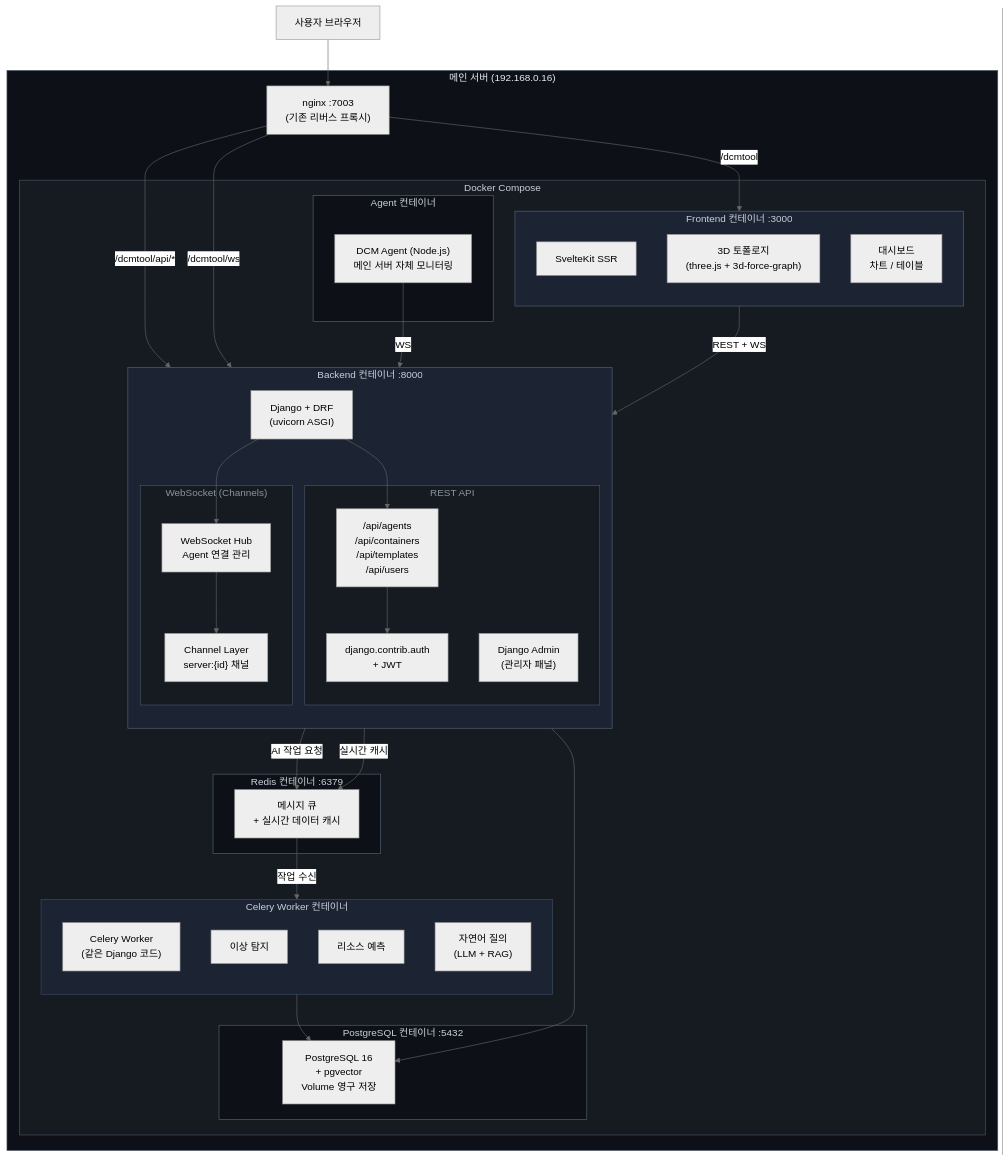
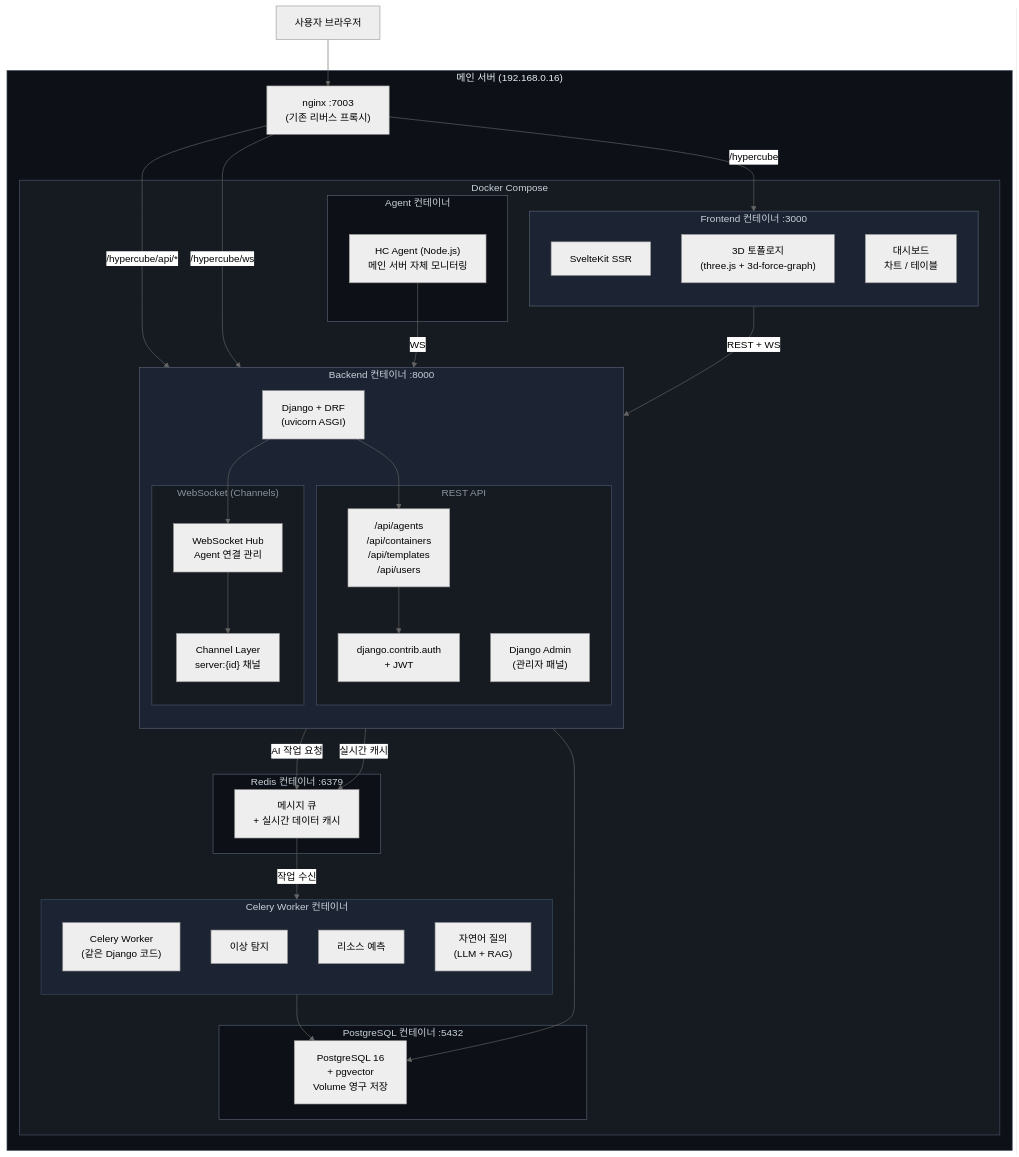
One commit to qkr7287/HyperCube changed the third of 11 diagrams in docs/to-be-architecture.md. Above: the diagram before and after it, drawn with Mermaid (neutral theme). The commit also changed other lines of this file and 15 other files, not shown here.

````diff
--- a/docs/to-be-architecture.md
+++ b/docs/to-be-architecture.md
@@ -193,80 +193,80 @@
 ```mermaid
 graph TB
     subgraph MainServer["메인 서버 (192.168.0.16)"]
         Nginx["nginx :7003<br/>(기존 리버스 프록시)"]
 
         subgraph Docker["Docker Compose"]
             subgraph FE["Frontend 컨테이너 :3000"]
                 direction TB
                 SSR["SvelteKit SSR"]
                 ThreeJS["3D 토폴로지<br/>(three.js + 3d-force-graph)"]
                 Charts["대시보드<br/>차트 / 테이블"]
             end
 
             subgraph BE["Backend 컨테이너 :8000"]
                 direction TB
                 DjangoServer["Django + DRF<br/>(uvicorn ASGI)"]
 
                 subgraph API["REST API"]
                     Routes["/api/agents<br/>/api/containers<br/>/api/templates<br/>/api/users"]
                     DjangoAuth["django.contrib.auth<br/>+ JWT"]
                     AdminPanel["Django Admin<br/>(관리자 패널)"]
                 end
 
                 subgraph WS["WebSocket (Channels)"]
                     Hub["WebSocket Hub<br/>Agent 연결 관리"]
                     ChLayer["Channel Layer<br/>server:{id} 채널"]
                 end
 
                 DjangoServer --> Routes
                 DjangoServer --> Hub
                 Routes --> DjangoAuth
                 Hub --> ChLayer
             end
 
             subgraph CeleryC["Celery Worker 컨테이너"]
                 direction TB
                 CeleryW["Celery Worker<br/>(같은 Django 코드)"]
                 Anomaly["이상 탐지"]
                 Predict["리소스 예측"]
                 NLQ["자연어 질의<br/>(LLM + RAG)"]
             end
 
             subgraph RedisC["Redis 컨테이너 :6379"]
                 RedisS["메시지 큐<br/>+ 실시간 데이터 캐시"]
             end
 
             subgraph PgContainer["PostgreSQL 컨테이너 :5432"]
                 PgDB2["PostgreSQL 16<br/>+ pgvector<br/>Volume 영구 저장"]
             end
 
             subgraph AgentLocal["Agent 컨테이너"]
-                AgentProcess["DCM Agent (Node.js)<br/>메인 서버 자체 모니터링"]
+                AgentProcess["HC Agent (Node.js)<br/>메인 서버 자체 모니터링"]
             end
         end
 
-        Nginx -->|"/dcmtool"| SSR
-        Nginx -->|"/dcmtool/api/*"| DjangoServer
-        Nginx -->|"/dcmtool/ws"| Hub
+        Nginx -->|"/hypercube"| SSR
+        Nginx -->|"/hypercube/api/*"| DjangoServer
+        Nginx -->|"/hypercube/ws"| Hub
     end
 
     Browser["사용자 브라우저"] --> Nginx
     SSR -->|"REST + WS"| DjangoServer
     DjangoServer --> PgDB2
     DjangoServer -->|AI 작업 요청| RedisS
     Hub -->|실시간 캐시| RedisS
     RedisS -->|작업 수신| CeleryW
     CeleryW --> PgDB2
     AgentProcess -->|WS| Hub
 
     style MainServer fill:#0d1117,stroke:#4a5568,color:#e6edf3
     style Docker fill:#161b22,stroke:#4a5568,color:#c9d1d9
     style FE fill:#1c2333,stroke:#586474,color:#c9d1d9
     style BE fill:#1c2333,stroke:#586474,color:#c9d1d9
     style API fill:#161b22,stroke:#4a5568,color:#8b949e
     style WS fill:#161b22,stroke:#4a5568,color:#8b949e
     style CeleryC fill:#1c2333,stroke:#3d4f5f,color:#c9d1d9
     style RedisC fill:#0d1117,stroke:#586474,color:#c9d1d9
     style AgentLocal fill:#0d1117,stroke:#586474,color:#c9d1d9
     style PgContainer fill:#0d1117,stroke:#586474,color:#c9d1d9
 ```
````
